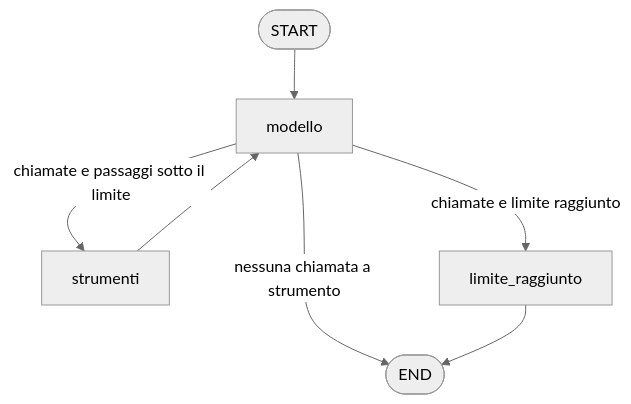
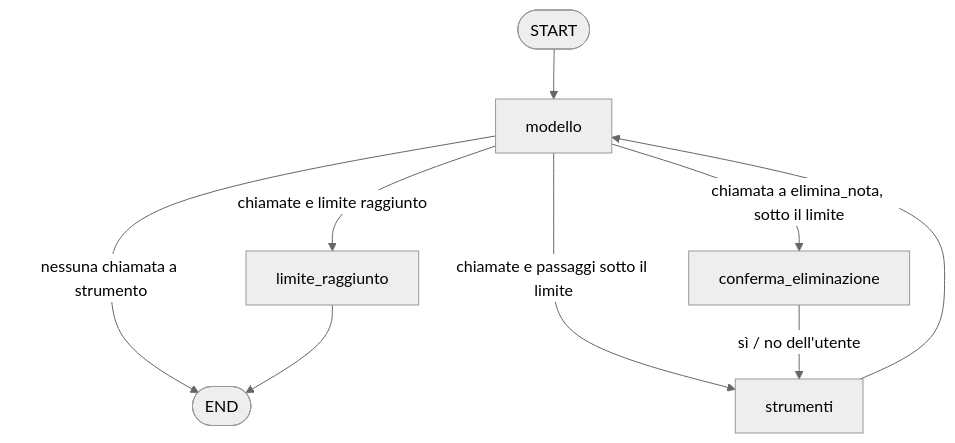
The diagram in lezione_4/README.md (simonetamagno25-blip/Laboratorio-LLM), drawn with Mermaid (neutral theme) before and after one commit. The commit also changed other lines of this file and 1 other file, not shown here.

````diff
--- a/lezione_4/README.md
+++ b/lezione_4/README.md
@@ -231,9 +280,11 @@
 ```mermaid
 flowchart TD
     START([START]) --> modello
     modello -->|nessuna chiamata a strumento| END([END])
     modello -->|chiamate e passaggi sotto il limite| strumenti
+    modello -->|chiamata a elimina_nota, sotto il limite| conferma_eliminazione
     modello -->|chiamate e limite raggiunto| limite_raggiunto
+    conferma_eliminazione -->|sì / no dell'utente| strumenti
     strumenti --> modello
     limite_raggiunto --> END
 ```
````
